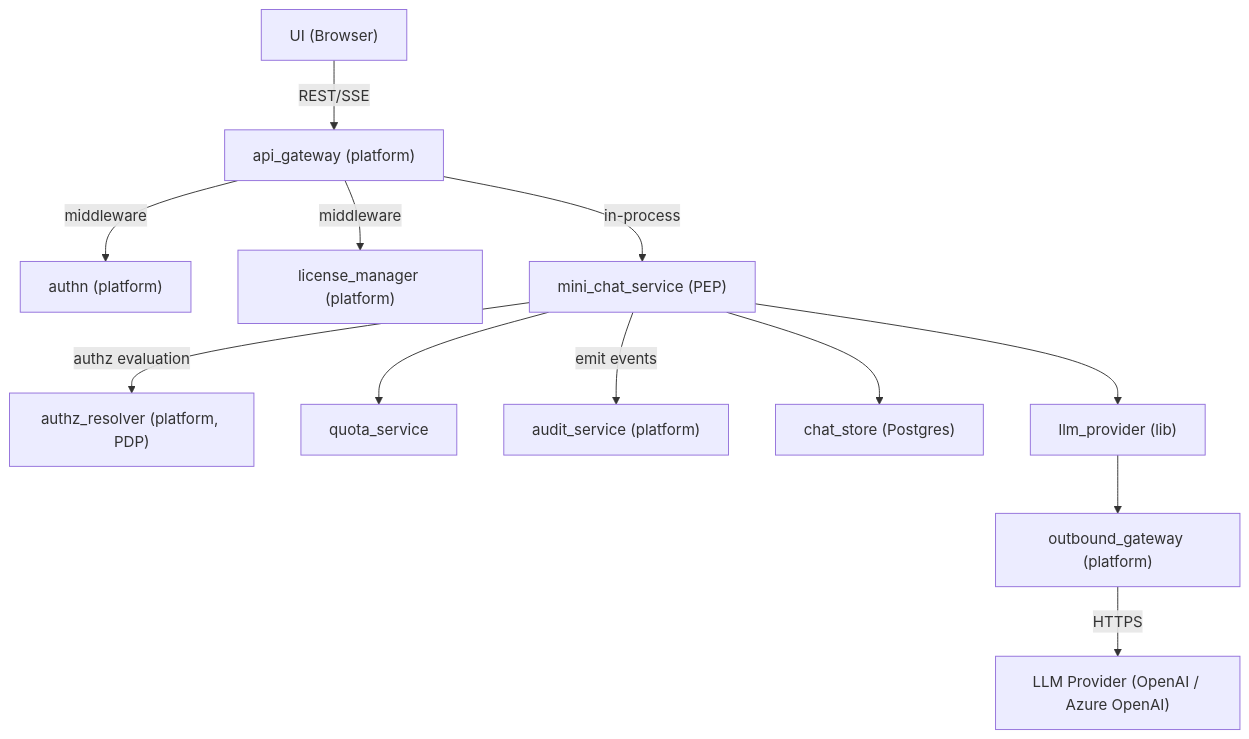
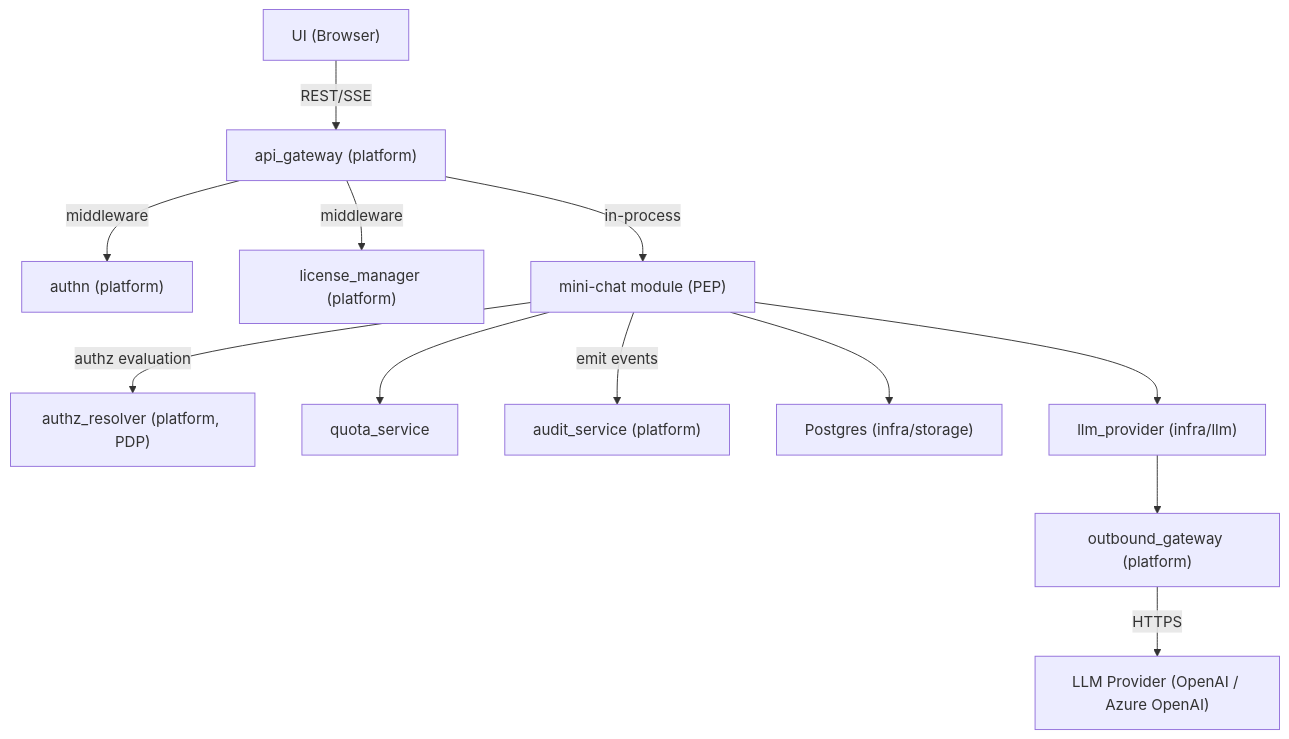
The first of 5 diagrams in modules/mini-chat/docs/DESIGN.md (cyberfabric/cyberfabric-core), drawn with Mermaid before and after one commit. The commit also changed other lines of this file and 1 other file, not shown here.

Commit message:
- Design is aligned with Modkit architecture patterns - Quota management is aligned with requirements - Modle selection is aligned with requirements - Message reactions are added - Temporary chats are moved to P2+ phases

````diff
--- a/modules/mini-chat/docs/DESIGN.md
+++ b/modules/mini-chat/docs/DESIGN.md
@@ -222,27 +242,27 @@
 ```mermaid
 graph TB
     UI["UI (Browser)"]
     AG["api_gateway (platform)"]
     AuthN["authn (platform)"]
     LM["license_manager (platform)"]
     AuthZ["authz_resolver (platform, PDP)"]
-    CS["mini_chat_service (PEP)"]
+    CS["mini-chat module (PEP)"]
     QS["quota_service"]
     AS["audit_service (platform)"]
-    DB["chat_store (Postgres)"]
-    LP["llm_provider (lib)"]
+    DB["Postgres (infra/storage)"]
+    LP["llm_provider (infra/llm)"]
     OAGW["outbound_gateway (platform)"]
     OAI["LLM Provider (OpenAI / Azure OpenAI)"]
 
     UI -->|REST/SSE| AG
     AG -->|middleware| AuthN
     AG -->|middleware| LM
     AG -->|in-process| CS
     CS -->|authz evaluation| AuthZ
     CS --> QS
     CS -->|emit events| AS
     CS --> DB
     CS --> LP
     LP --> OAGW
     OAGW -->|HTTPS| OAI
 ```
````
